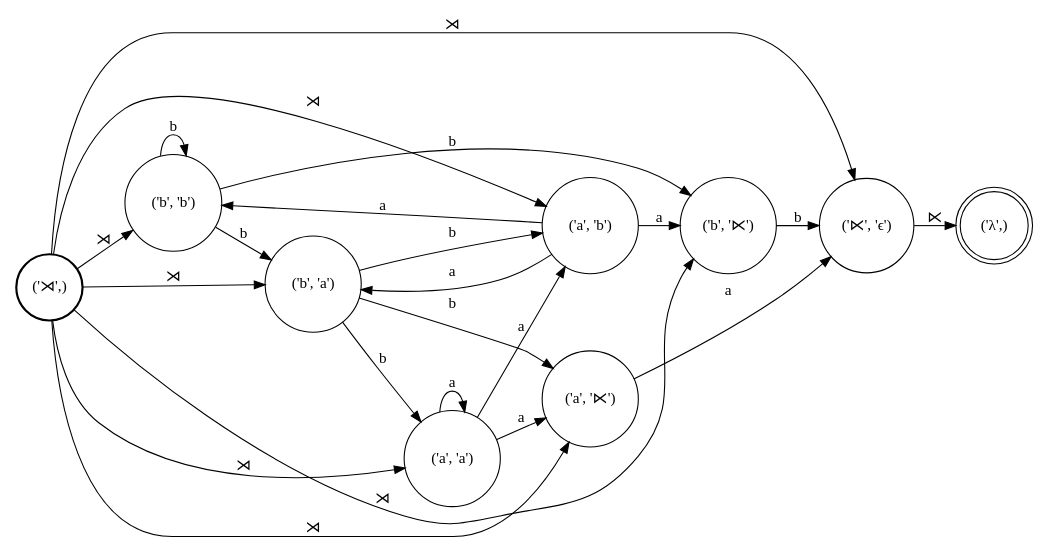
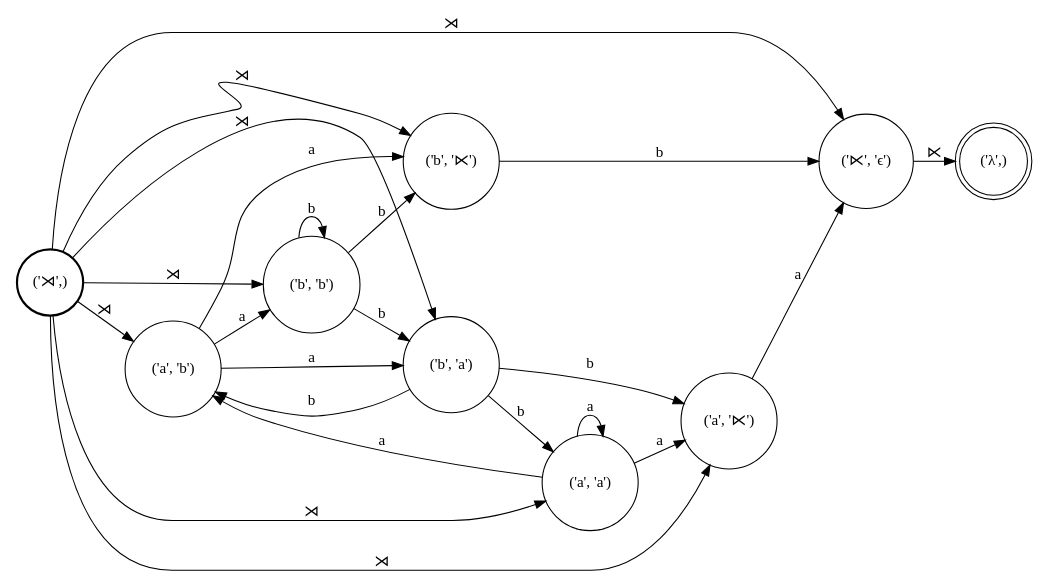
One commit to colincwilson/wynini changed the diagram in demo/R.dot. Above: the diagram before and after it, drawn with Graphviz. The commit also changed 14 other files, not shown here.

```diff
--- a/demo/R.dot
+++ b/demo/R.dot
@@ -1,39 +1,39 @@
 digraph FST {
 rankdir = LR;
 size = "8.5,11";
 center = 1;
 orientation = Portrait;
 ranksep = "0.4";
 nodesep = "0.25";
 8 [label = "('⋊',)", shape = circle, style = bold, fontsize = 14]
+	8 -> 1 [label = "⋊", fontsize = 14];
 	8 -> 6 [label = "⋊", fontsize = 14];
+	8 -> 7 [label = "⋊", fontsize = 14];
 	8 -> 4 [label = "⋊", fontsize = 14];
+	8 -> 2 [label = "⋊", fontsize = 14];
+	8 -> 5 [label = "⋊", fontsize = 14];
 	8 -> 3 [label = "⋊", fontsize = 14];
-	8 -> 1 [label = "⋊", fontsize = 14];
-	8 -> 5 [label = "⋊", fontsize = 14];
-	8 -> 2 [label = "⋊", fontsize = 14];
-	8 -> 7 [label = "⋊", fontsize = 14];
 0 [label = "('λ',)", shape = doublecircle, style = solid, fontsize = 14]
 1 [label = "('⋉', 'ϵ')", shape = circle, style = solid, fontsize = 14]
 	1 -> 0 [label = "⋉", fontsize = 14];
-2 [label = "('b', '⋉')", shape = circle, style = solid, fontsize = 14]
-	2 -> 1 [label = "b", fontsize = 14];
-3 [label = "('a', '⋉')", shape = circle, style = solid, fontsize = 14]
-	3 -> 1 [label = "a", fontsize = 14];
-4 [label = "('b', 'a')", shape = circle, style = solid, fontsize = 14]
-	4 -> 3 [label = "b", fontsize = 14];
-	4 -> 7 [label = "b", fontsize = 14];
-	4 -> 5 [label = "b", fontsize = 14];
-5 [label = "('a', 'a')", shape = circle, style = solid, fontsize = 14]
-	5 -> 3 [label = "a", fontsize = 14];
-	5 -> 7 [label = "a", fontsize = 14];
-	5 -> 5 [label = "a", fontsize = 14];
-6 [label = "('b', 'b')", shape = circle, style = solid, fontsize = 14]
-	6 -> 2 [label = "b", fontsize = 14];
-	6 -> 6 [label = "b", fontsize = 14];
-	6 -> 4 [label = "b", fontsize = 14];
-7 [label = "('a', 'b')", shape = circle, style = solid, fontsize = 14]
-	7 -> 2 [label = "a", fontsize = 14];
-	7 -> 6 [label = "a", fontsize = 14];
-	7 -> 4 [label = "a", fontsize = 14];
+2 [label = "('a', '⋉')", shape = circle, style = solid, fontsize = 14]
+	2 -> 1 [label = "a", fontsize = 14];
+3 [label = "('b', '⋉')", shape = circle, style = solid, fontsize = 14]
+	3 -> 1 [label = "b", fontsize = 14];
+4 [label = "('a', 'a')", shape = circle, style = solid, fontsize = 14]
+	4 -> 2 [label = "a", fontsize = 14];
+	4 -> 6 [label = "a", fontsize = 14];
+	4 -> 4 [label = "a", fontsize = 14];
+5 [label = "('b', 'a')", shape = circle, style = solid, fontsize = 14]
+	5 -> 2 [label = "b", fontsize = 14];
+	5 -> 6 [label = "b", fontsize = 14];
+	5 -> 4 [label = "b", fontsize = 14];
+6 [label = "('a', 'b')", shape = circle, style = solid, fontsize = 14]
+	6 -> 3 [label = "a", fontsize = 14];
+	6 -> 7 [label = "a", fontsize = 14];
+	6 -> 5 [label = "a", fontsize = 14];
+7 [label = "('b', 'b')", shape = circle, style = solid, fontsize = 14]
+	7 -> 3 [label = "b", fontsize = 14];
+	7 -> 7 [label = "b", fontsize = 14];
+	7 -> 5 [label = "b", fontsize = 14];
 }
```
